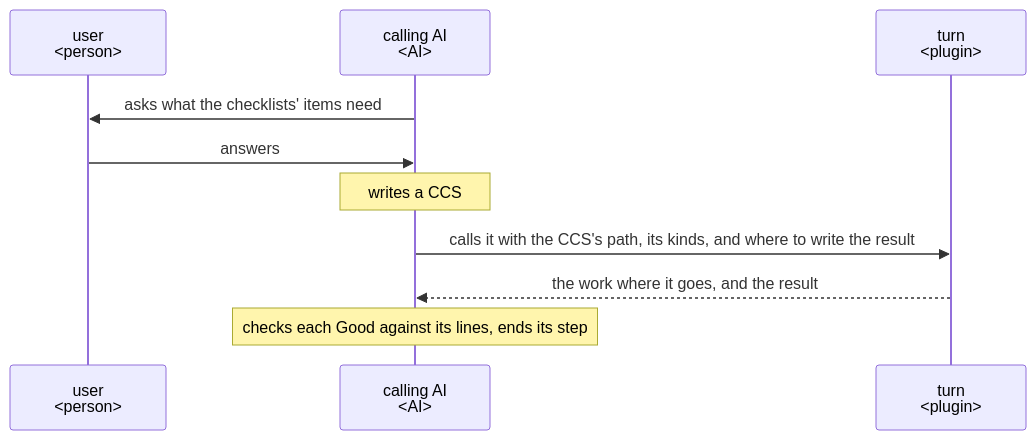
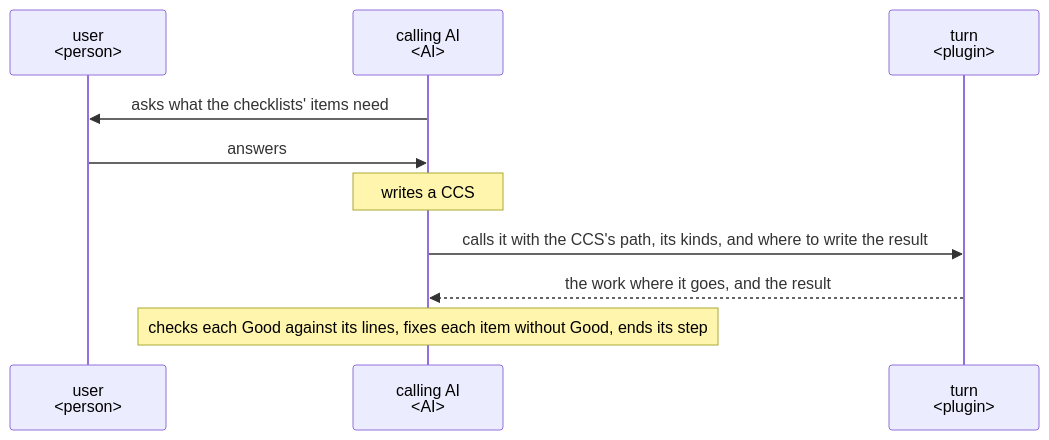
The first of 4 diagrams in dev/turn/ux.md (lovaizu/ccpm), drawn with Mermaid before and after one commit. The commit also changed other lines of this file and 10 other files, not shown here.

Commit message:
turn, lane and rn designs, UXs and READMEs back to the agreed text with the principles linked, as the user chose: the changes were made unshown and without each plugin's user and purpose; steering state

````diff
--- a/dev/turn/ux.md
+++ b/dev/turn/ux.md
@@ -39,12 +39,12 @@
 ```mermaid
 sequenceDiagram
   participant U as user<br/>#lt;person#gt;
   participant C as calling AI<br/>#lt;AI#gt;
   participant T as turn<br/>#lt;plugin#gt;
   C->>U: asks what the checklists' items need
   U->>C: answers
   Note over C: writes a CCS
   C->>T: calls it with the CCS's path, its kinds, and where to write the result
   T-->>C: the work where it goes, and the result
-  Note over C: checks each Good against its lines, ends its step
+  Note over C: checks each Good against its lines, fixes each item without Good, ends its step
 ```
````
